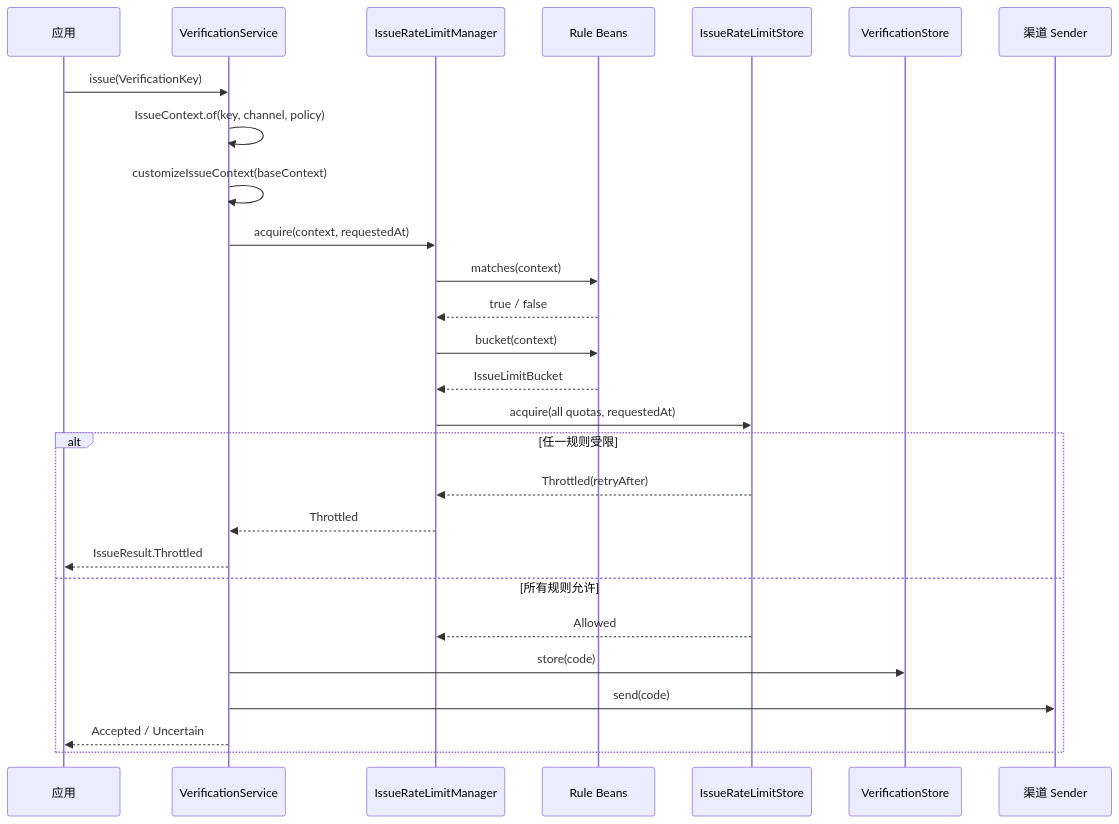
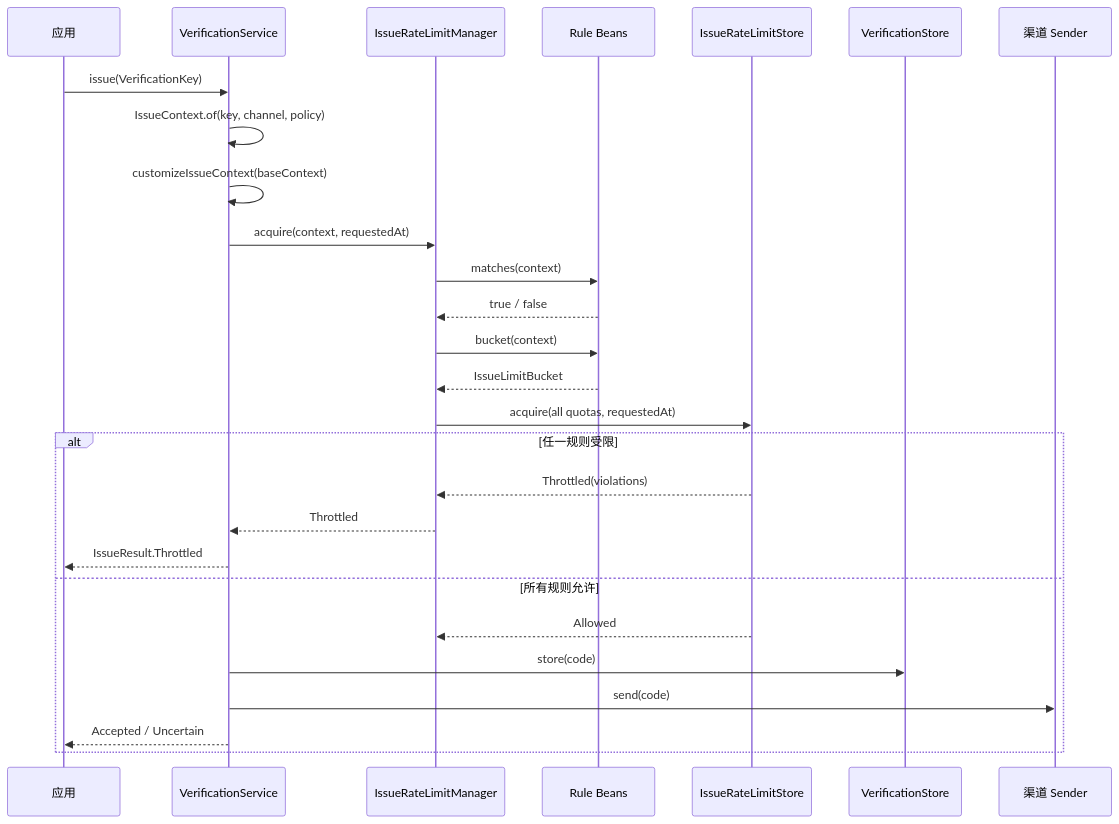
One commit to RingoTangs/ringo-boot changed the second of 2 diagrams in ringo-boot-verification/src/main/java/io/github/ringotangs/ringoboot/verification/limit/README.md. Above: the diagram before and after it, drawn with Mermaid. The commit also changed other lines of this file and 19 other files, not shown here.

````diff
--- a/ringo-boot-verification/src/main/java/io/github/ringotangs/ringoboot/verification/limit/README.md
+++ b/ringo-boot-verification/src/main/java/io/github/ringotangs/ringoboot/verification/limit/README.md
@@ -302,30 +302,30 @@
 ```mermaid
 sequenceDiagram
     participant App as 应用
     participant Service as VerificationService
     participant Manager as IssueRateLimitManager
     participant Rule as Rule Beans
     participant LimitStore as IssueRateLimitStore
     participant CodeStore as VerificationStore
     participant Sender as 渠道 Sender
 
     App->>Service: issue(VerificationKey)
     Service->>Service: IssueContext.of(key, channel, policy)
     Service->>Service: customizeIssueContext(baseContext)
     Service->>Manager: acquire(context, requestedAt)
     Manager->>Rule: matches(context)
     Rule-->>Manager: true / false
     Manager->>Rule: bucket(context)
     Rule-->>Manager: IssueLimitBucket
     Manager->>LimitStore: acquire(all quotas, requestedAt)
     alt 任一规则受限
-        LimitStore-->>Manager: Throttled(retryAfter)
+        LimitStore-->>Manager: Throttled(violations)
         Manager-->>Service: Throttled
         Service-->>App: IssueResult.Throttled
     else 所有规则允许
         LimitStore-->>Manager: Allowed
         Service->>CodeStore: store(code)
         Service->>Sender: send(code)
         Service-->>App: Accepted / Uncertain
     end
 ```
````
